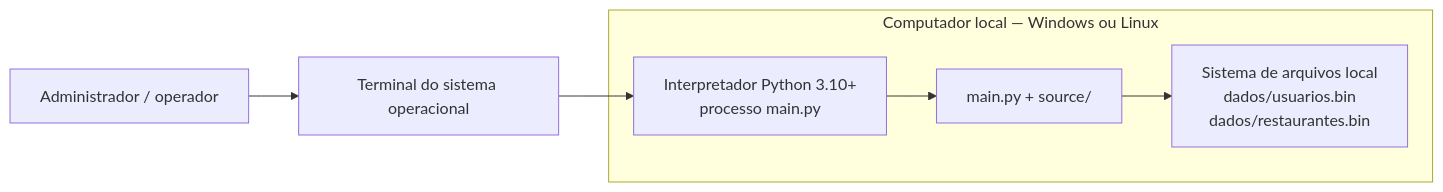
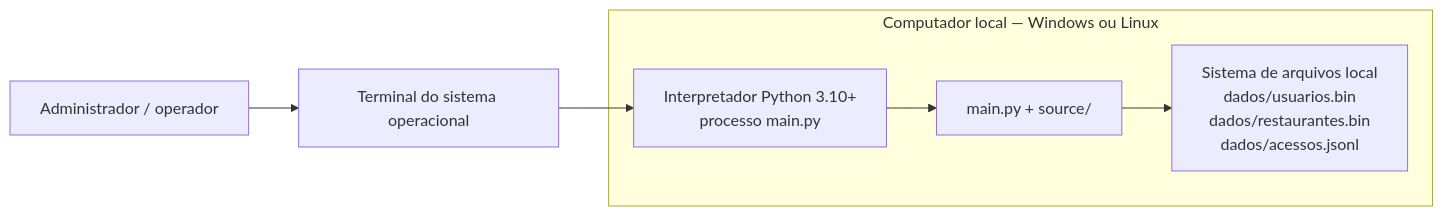
Before and after one commit to henriquesantos007/Sistema-de-Agendamento-de-Almoco: the diagram in docs/07-arquitetura/arquitetura-fisica.md, drawn with Mermaid. The commit also changed other lines of this file and 11 other files, not shown here.

````diff
--- a/docs/07-arquitetura/arquitetura-fisica.md
+++ b/docs/07-arquitetura/arquitetura-fisica.md
@@ -10,16 +10,16 @@
 ```mermaid
 flowchart LR
     Operador["Administrador / operador"]
     Terminal["Terminal do sistema operacional"]
 
     subgraph Host["Computador local — Windows ou Linux"]
         Python["Interpretador Python 3.10+<br/>processo main.py"]
         Main["main.py + source/"]
-        Dados["Sistema de arquivos local<br/>dados/usuarios.bin<br/>dados/restaurantes.bin"]
+        Dados["Sistema de arquivos local<br/>dados/usuarios.bin<br/>dados/restaurantes.bin<br/>dados/acessos.jsonl"]
         Python --> Main
         Main --> Dados
     end
 
     Operador --> Terminal
     Terminal --> Python
 ```
````
